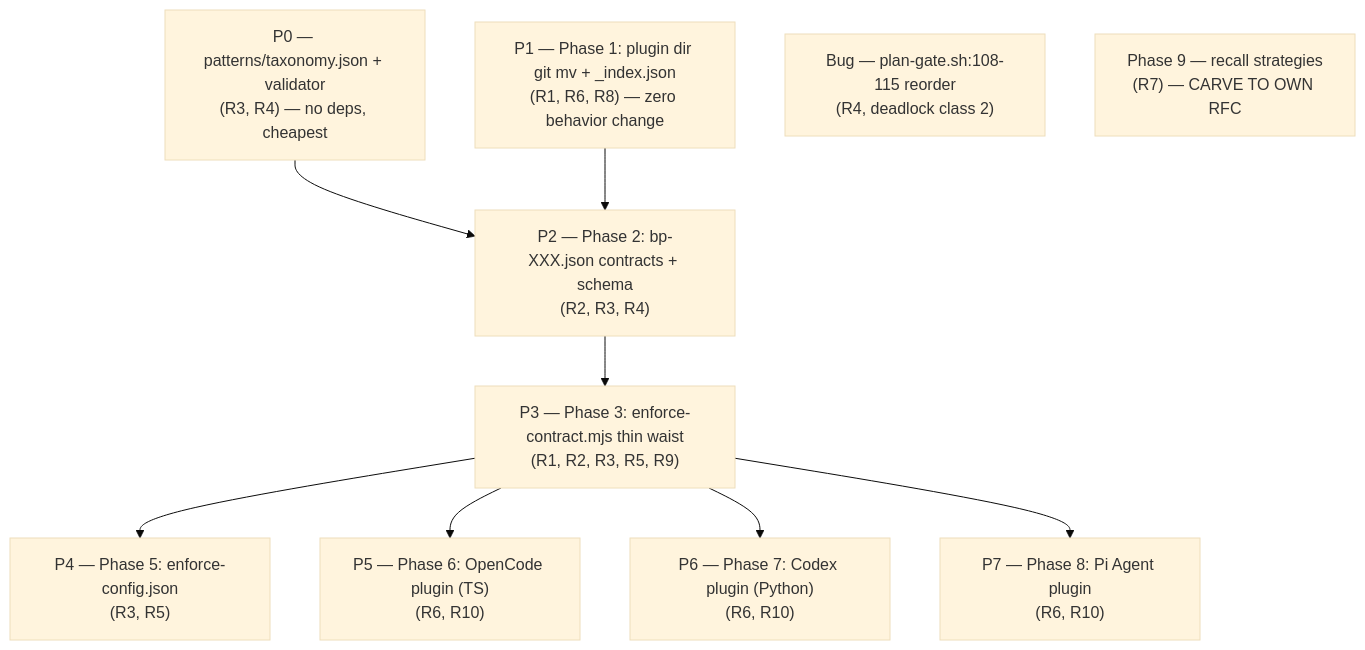
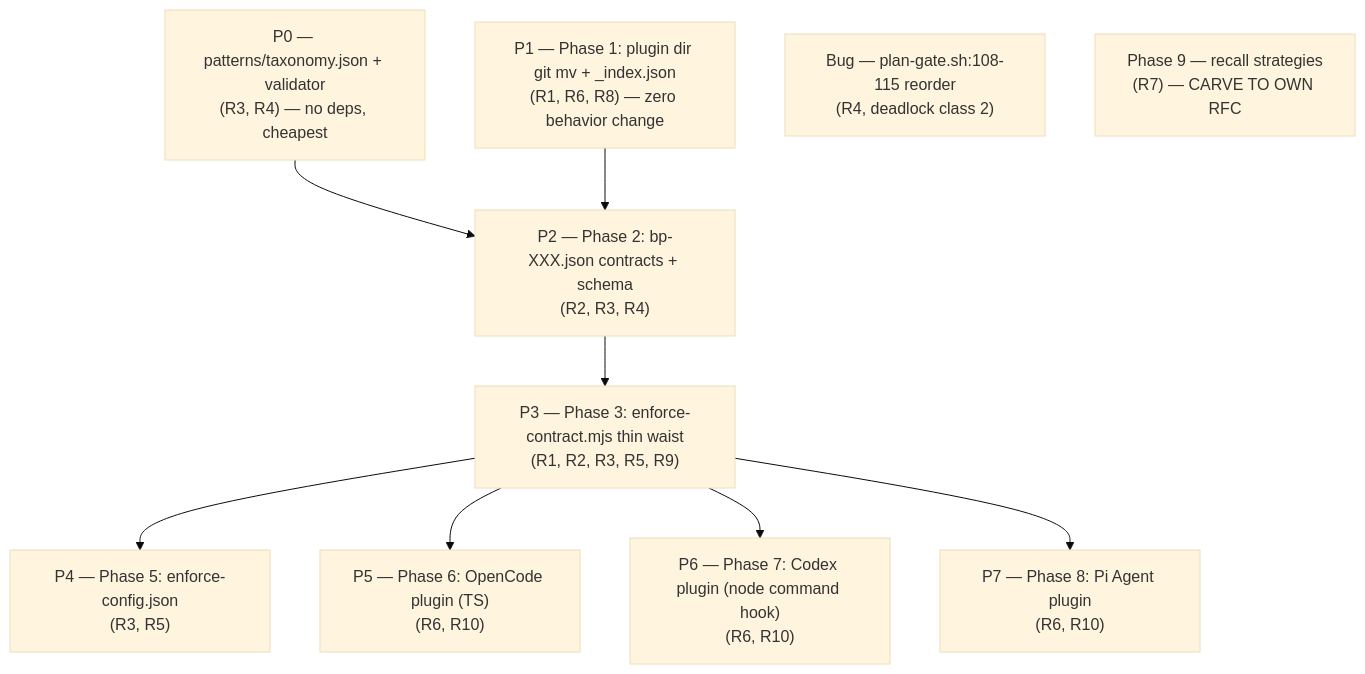
The second of 2 diagrams in docs/rfcs/RFC-008-decouple-enforcement-from-substrate.md (lantisprime/episodic-memory), drawn with Mermaid (base theme) before and after one commit. The commit also changed other lines of this file and 22 other files, not shown here.

First line of the commit message:
RFC-008 P6: Codex enforcement plugin (S0-S5) (#431)

````diff
--- a/docs/rfcs/RFC-008-decouple-enforcement-from-substrate.md
+++ b/docs/rfcs/RFC-008-decouple-enforcement-from-substrate.md
@@ -1312,21 +1314,21 @@
 ```mermaid
 graph TD
     P0["P0 — patterns/taxonomy.json + validator<br/>(R3, R4) — no deps, cheapest"]
     P1["P1 — Phase 1: plugin dir git mv + _index.json<br/>(R1, R6, R8) — zero behavior change"]
     P2["P2 — Phase 2: bp-XXX.json contracts + schema<br/>(R2, R3, R4)"]
     P3["P3 — Phase 3: enforce-contract.mjs thin waist<br/>(R1, R2, R3, R5, R9)"]
     P4["P4 — Phase 5: enforce-config.json<br/>(R3, R5)"]
     P5["P5 — Phase 6: OpenCode plugin (TS)<br/>(R6, R10)"]
-    P6["P6 — Phase 7: Codex plugin (Python)<br/>(R6, R10)"]
+    P6["P6 — Phase 7: Codex plugin (node command hook)<br/>(R6, R10)"]
     P7["P7 — Phase 8: Pi Agent plugin<br/>(R6, R10)"]
     BUG["Bug — plan-gate.sh:108-115 reorder<br/>(R4, deadlock class 2)"]
     P9["Phase 9 — recall strategies<br/>(R7) — CARVE TO OWN RFC"]
 
     P0 --> P2
     P1 --> P2
     P2 --> P3
     P3 --> P4
     P3 --> P5
     P3 --> P6
     P3 --> P7
 ```
````
